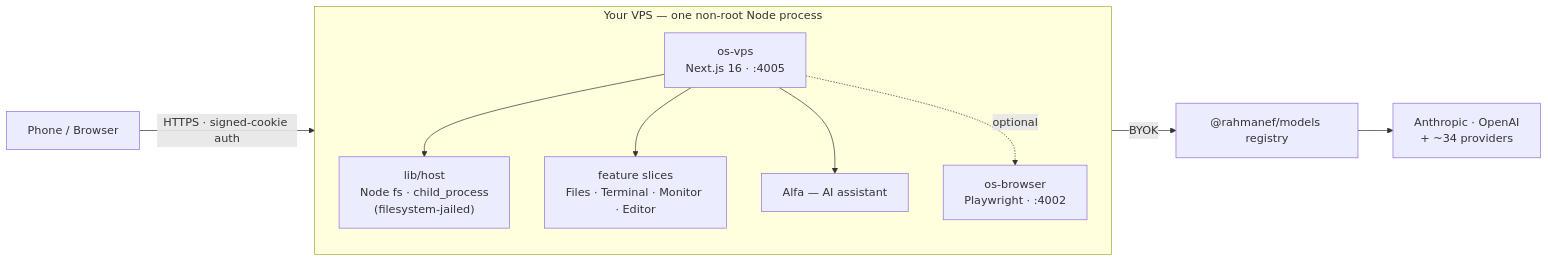
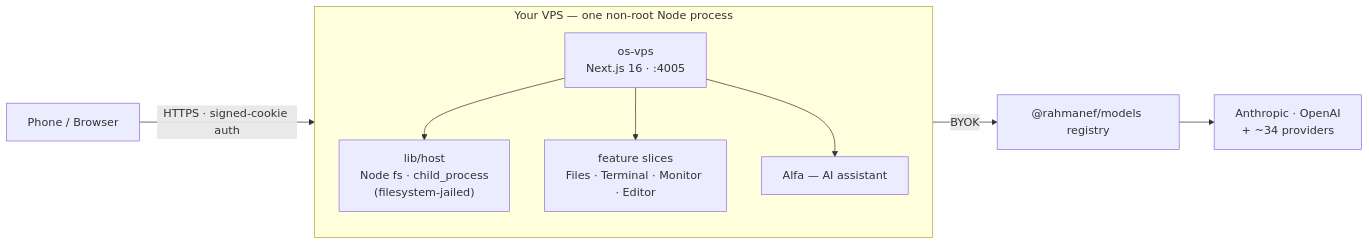
One commit to rahmanef63/os-vps changed the diagram in README.md. Above: the diagram before and after it, drawn with Mermaid. The commit also changed other lines of this file and 49 other files, not shown here.

````diff
--- a/README.md
+++ b/README.md
@@ -41,15 +41,14 @@
 ```mermaid
 flowchart LR
   U["Phone / Browser"]
   subgraph VPS["Your VPS — one non-root Node process"]
     direction TB
     APP["os-vps<br/>Next.js 16 · :4005"]
     APP --> HOST["lib/host<br/>Node fs · child_process<br/>(filesystem-jailed)"]
     APP --> SLICES["feature slices<br/>Files · Terminal · Monitor · Editor"]
     APP --> AI["Alfa — AI assistant"]
-    APP -.->|optional| BROWSER["os-browser<br/>Playwright · :4002"]
   end
   U -->|"HTTPS · signed-cookie auth"| APP
   AI -->|BYOK| MODELS["@rahmanef/models registry"]
   MODELS --> PROV["Anthropic · OpenAI<br/>+ ~34 providers"]
 ```
````
